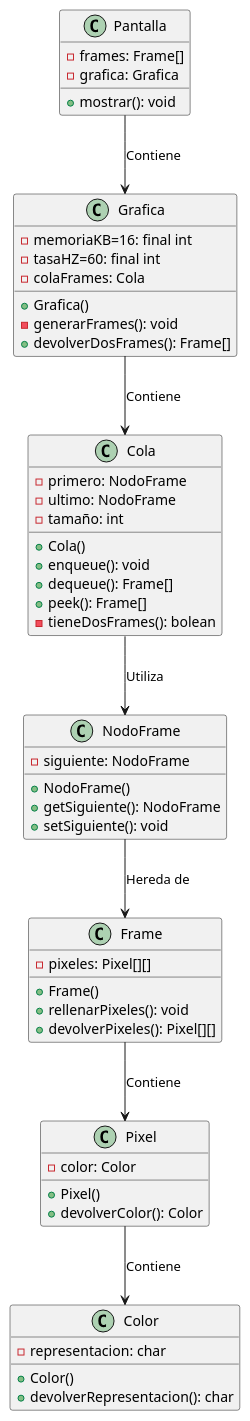
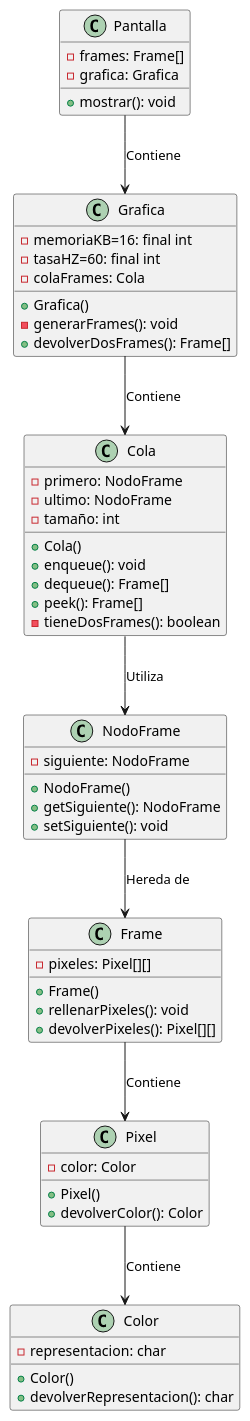
The diagram in entregas/lopezMartin/reto000/diagrama/diagrama.puml (mmasias/24-25-EDA2), drawn with PlantUML before and after one commit. The commit also changed 3 other files, not shown here.

```diff
--- a/entregas/lopezMartin/reto000/diagrama/diagrama.puml
+++ b/entregas/lopezMartin/reto000/diagrama/diagrama.puml
@@ -1,62 +1,62 @@
 @startuml
 
 class Pantalla {
     -frames: Frame[]
     -grafica: Grafica
     +mostrar(): void
 }
 
 class Grafica {
     -memoriaKB=16: final int
     -tasaHZ=60: final int
     -colaFrames: Cola
     +Grafica()
     -generarFrames(): void
     +devolverDosFrames(): Frame[]
 }
 
 class Cola {
     -primero: NodoFrame
     -ultimo: NodoFrame
     -tamaño: int
     +Cola()
     +enqueue(): void
     +dequeue(): Frame[]
     +peek(): Frame[]
-    -tieneDosFrames(): bolean
+    -tieneDosFrames(): boolean
 }
 
 class NodoFrame {
     -siguiente: NodoFrame
     +NodoFrame()
     +getSiguiente(): NodoFrame
     +setSiguiente(): void
 }
 
 class Frame {
     -pixeles: Pixel[][]
     +Frame()
     +rellenarPixeles(): void
     +devolverPixeles(): Pixel[][]
 }
 
 class Pixel {
     -color: Color
     +Pixel()
     +devolverColor(): Color
 }
 
 class Color {
     -representacion: char
     +Color()
     +devolverRepresentacion(): char
 }
 
 Pantalla --> Grafica: "Contiene"
 Grafica --> Cola: "Contiene"
 Cola --> NodoFrame: "Utiliza"
 NodoFrame --> Frame: "Hereda de"
 Frame --> Pixel: "Contiene"
 Pixel --> Color: "Contiene"
 
 @enduml
```
